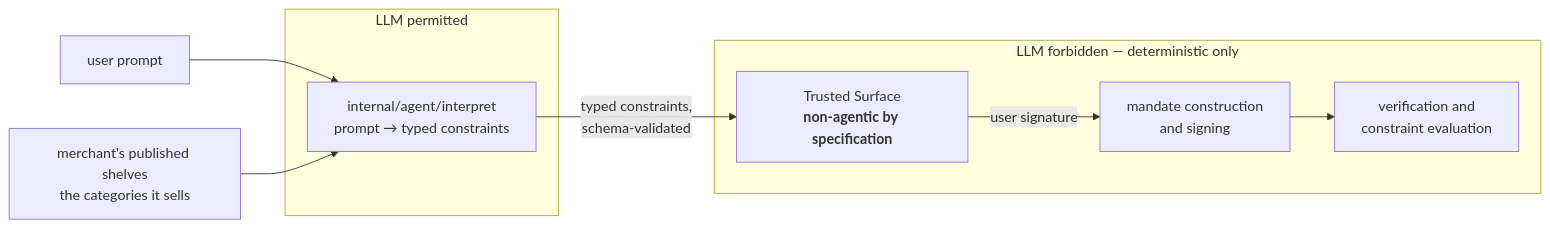
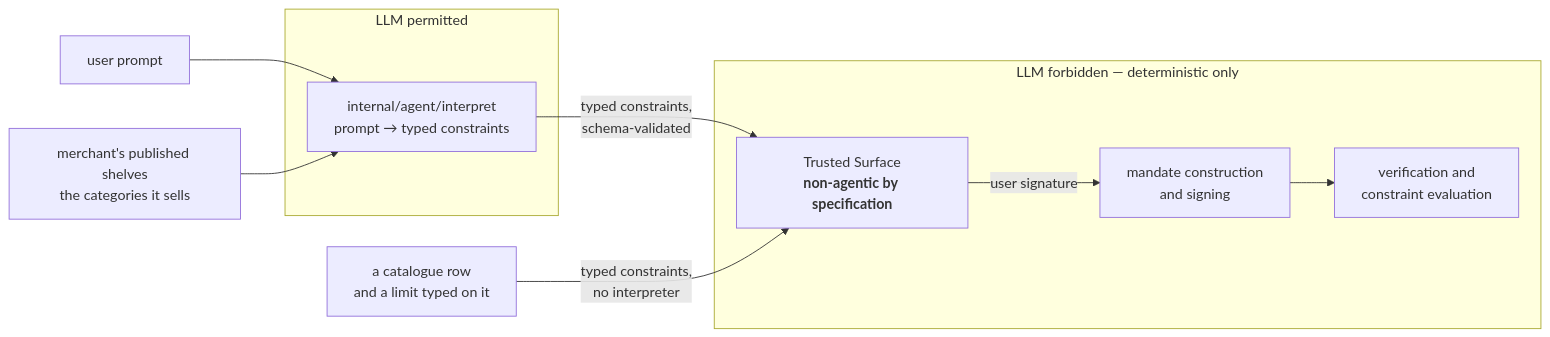
The third of 3 diagrams in docs/architecture/README.md (SkylinePlatform/agentic-payments), drawn with Mermaid before and after one commit. The commit also changed other lines of this file and 29 other files, not shown here.

First line of the commit message:
feat(merchant,agent,frontend): the catalogue is the entry, and the limit is the buyer's (#318)

````diff
--- a/docs/architecture/README.md
+++ b/docs/architecture/README.md
@@ -107,22 +107,25 @@
 ```mermaid
 flowchart LR
     subgraph MAY["LLM permitted"]
         I["`internal/agent/interpret
         prompt → typed constraints`"]
     end
     subgraph NEVER["LLM forbidden — deterministic only"]
         SIGN["`mandate construction
         and signing`"]
         VER["`verification and
         constraint evaluation`"]
         TS["`Trusted Surface
         **non-agentic by specification**`"]
     end
     P["user prompt"] --> I
     SH["`merchant's published shelves
     the categories it sells`"] --> I
     I -->|"`typed constraints,
     schema-validated`"| TS
+    C["`a catalogue row
+    and a limit typed on it`"] -->|"`typed constraints,
+    no interpreter`"| TS
     TS -->|"user signature"| SIGN
     SIGN --> VER
 ```
````
